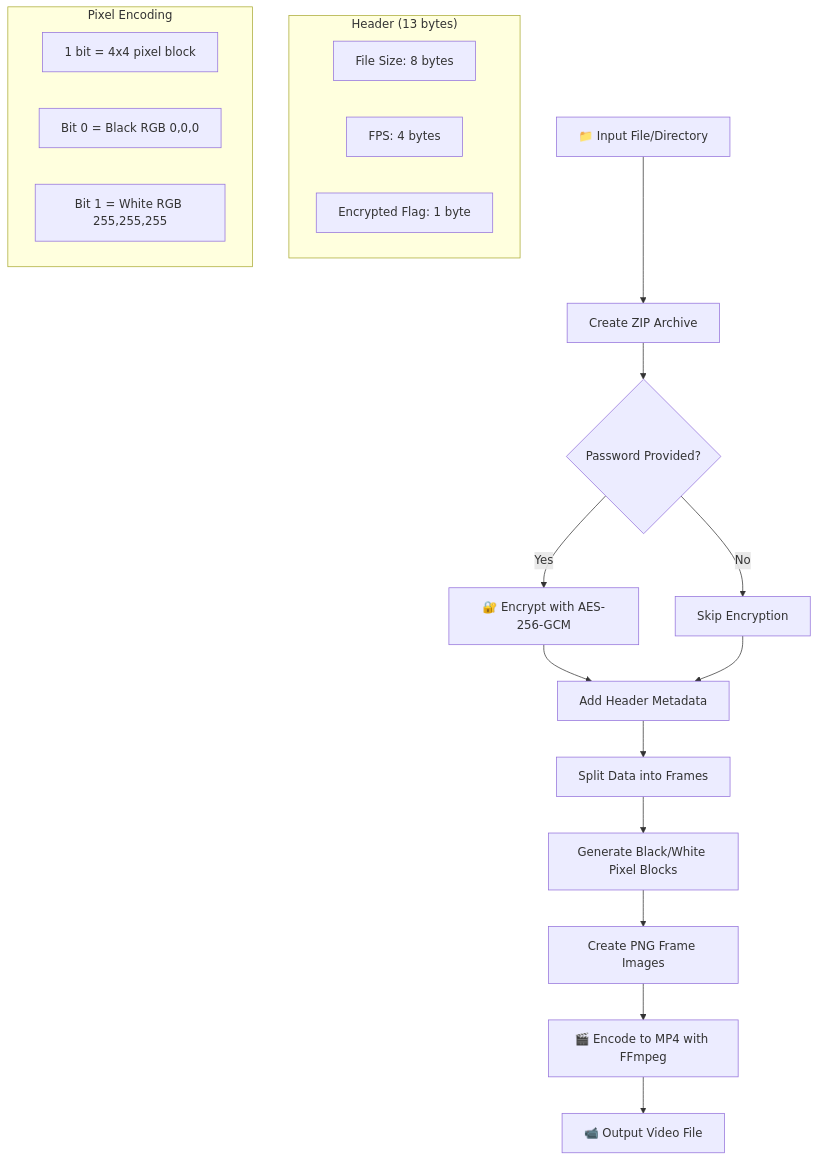
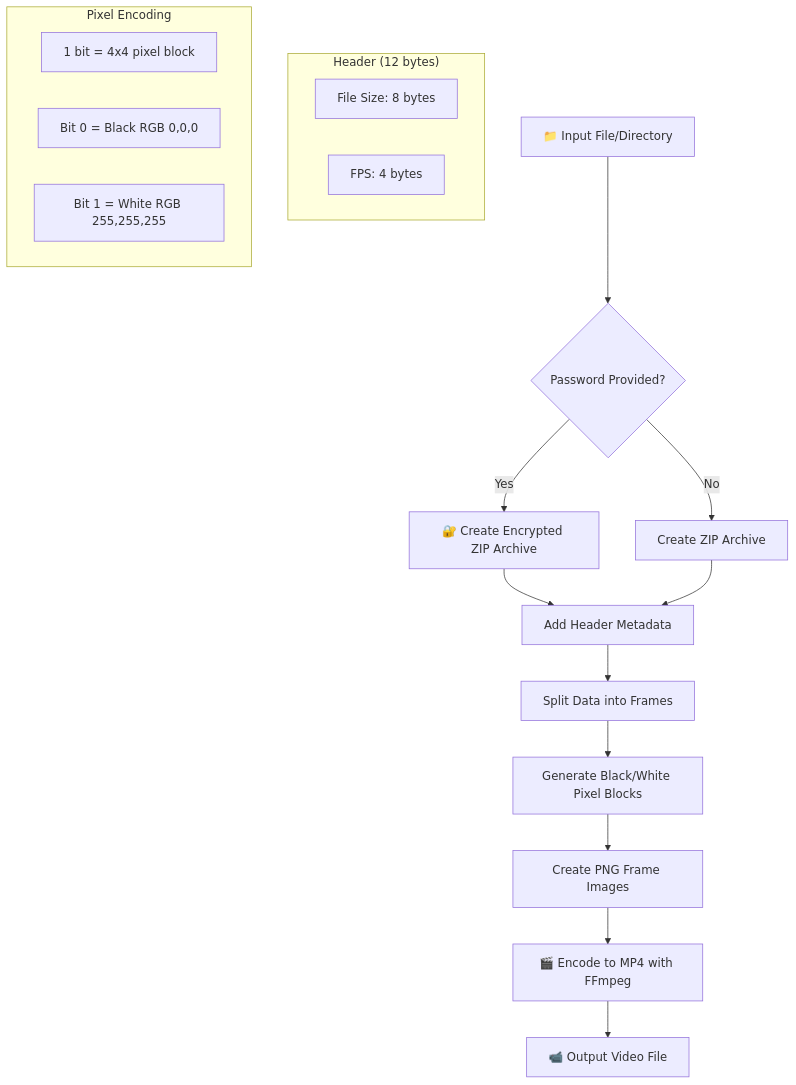
Before and after one commit to slinghshot/youtube-storage-hardened: the first of 3 diagrams in README.md, drawn with Mermaid. The commit also changed other lines of this file and 7 other files, not shown here.

First line of the commit message:
Refactor: Use standard zip encryption instead of custom AES

````diff
--- a/README.md
+++ b/README.md
@@ -19,26 +19,24 @@
 ```mermaid
 flowchart TD
-    A[📁 Input File/Directory] --> B[Create ZIP Archive]
-    B --> C{Password Provided?}
-    C -->|Yes| D[🔐 Encrypt with AES-256-GCM]
-    C -->|No| E[Skip Encryption]
-    D --> F[Add Header Metadata]
-    E --> F
-    F --> G[Split Data into Frames]
-    G --> H[Generate Black/White Pixel Blocks]
-    H --> I[Create PNG Frame Images]
-    I --> J[🎬 Encode to MP4 with FFmpeg]
-    J --> K[📹 Output Video File]
+    A[📁 Input File/Directory] --> B{Password Provided?}
+    B -->|Yes| C[🔐 Create Encrypted ZIP Archive]
+    B -->|No| D[Create ZIP Archive]
+    C --> E[Add Header Metadata]
+    D --> E
+    E --> F[Split Data into Frames]
+    F --> G[Generate Black/White Pixel Blocks]
+    G --> H[Create PNG Frame Images]
+    H --> I[🎬 Encode to MP4 with FFmpeg]
+    I --> J[📹 Output Video File]
 
-    subgraph Header["Header (13 bytes)"]
-        F1[File Size: 8 bytes]
-        F2[FPS: 4 bytes]
-        F3[Encrypted Flag: 1 byte]
+    subgraph Header["Header (12 bytes)"]
+        E1[File Size: 8 bytes]
+        E2[FPS: 4 bytes]
     end
 
     subgraph Encoding["Pixel Encoding"]
-        H1[1 bit = 4x4 pixel block]
-        H2[Bit 0 = Black RGB 0,0,0]
-        H3[Bit 1 = White RGB 255,255,255]
+        G1[1 bit = 4x4 pixel block]
+        G2[Bit 0 = Black RGB 0,0,0]
+        G3[Bit 1 = White RGB 255,255,255]
     end
 ```
````
